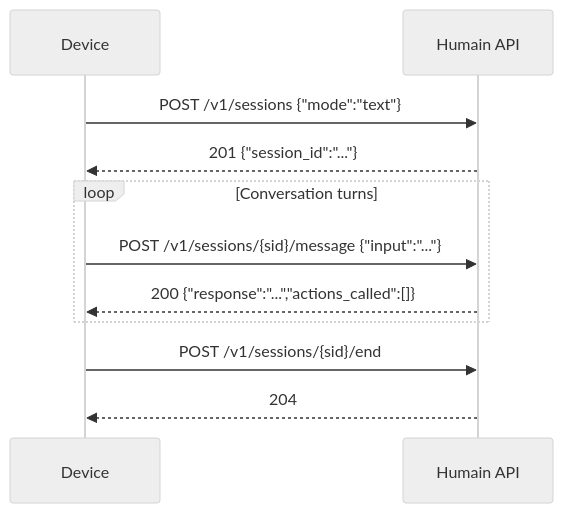
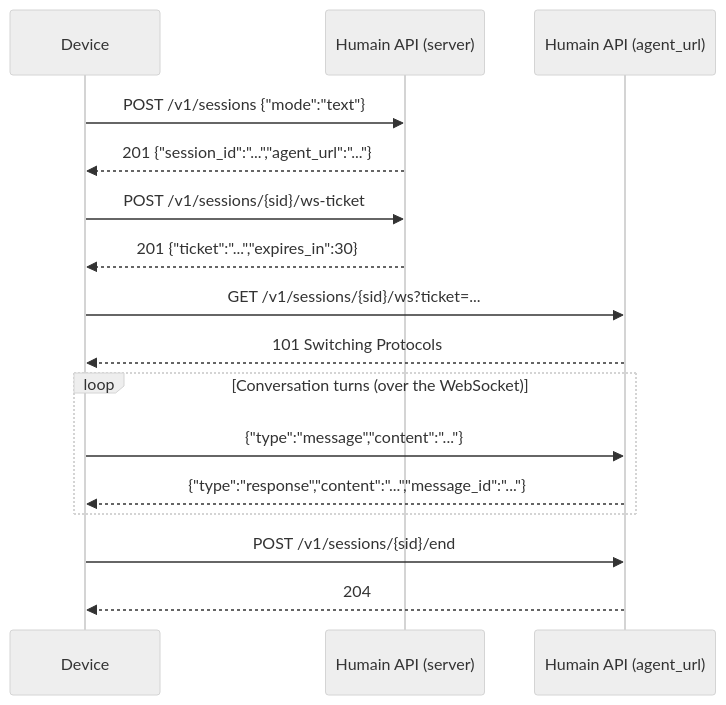
The diagram in connections/rest-text.mdx (humain-ai/kiosk-docs), drawn with Mermaid (neutral theme) before and after one commit. The commit also changed other lines of this file and 42 other files, not shown here.

````diff
--- a/connections/rest-text.mdx
+++ b/connections/rest-text.mdx
@@ -12,16 +13,23 @@
 ```mermaid
 sequenceDiagram
   participant D as Device
-  participant A as Humain API
+  participant S as Humain API (server)
+  participant AG as Humain API (agent_url)
 
-  D->>A: POST /v1/sessions {"mode":"text"}
-  A-->>D: 201 {"session_id":"..."}
+  D->>S: POST /v1/sessions {"mode":"text"}
+  S-->>D: 201 {"session_id":"...","agent_url":"..."}
 
-  loop Conversation turns
-    D->>A: POST /v1/sessions/{sid}/message {"input":"..."}
-    A-->>D: 200 {"response":"...","actions_called":[]}
+  D->>S: POST /v1/sessions/{sid}/ws-ticket
+  S-->>D: 201 {"ticket":"...","expires_in":30}
+
+  D->>AG: GET /v1/sessions/{sid}/ws?ticket=...
+  AG-->>D: 101 Switching Protocols
+
+  loop Conversation turns (over the WebSocket)
+    D->>AG: {"type":"message","content":"..."}
+    AG-->>D: {"type":"response","content":"...","message_id":"..."}
   end
 
-  D->>A: POST /v1/sessions/{sid}/end
-  A-->>D: 204
+  D->>AG: POST /v1/sessions/{sid}/end
+  AG-->>D: 204
 ```
````
